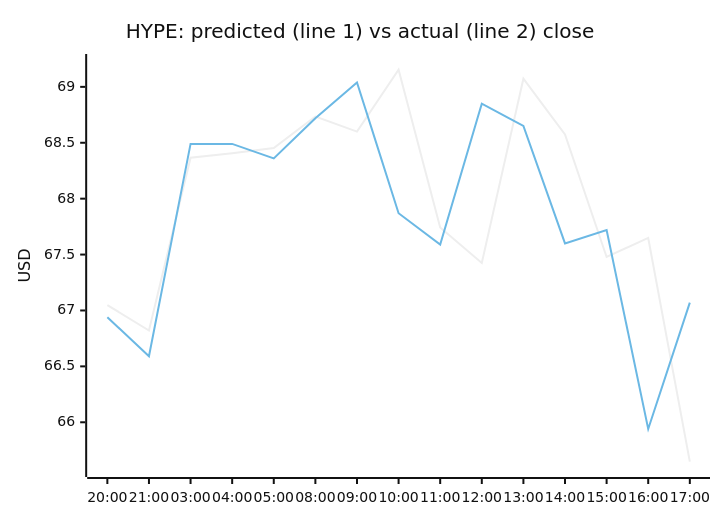
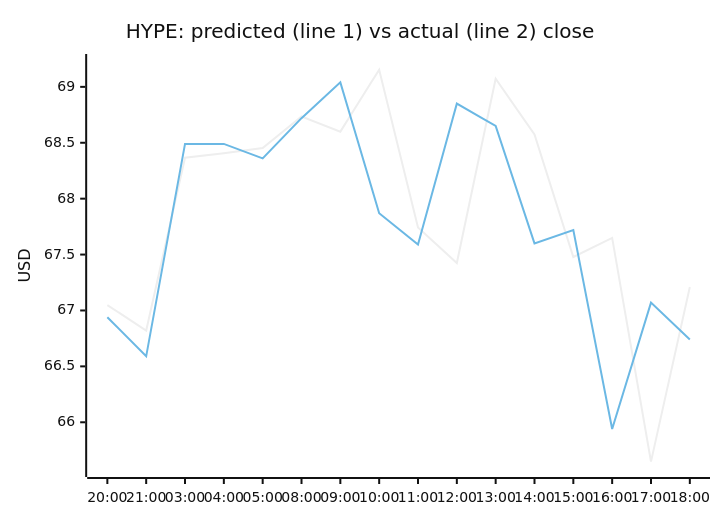
One commit to samuelkreitl-wq/crypto-hourly-forecaster changed the fourth of 4 diagrams in README.md. Above: the diagram before and after it, drawn with Mermaid (neutral theme). The commit also changed other lines of this file and 14 other files, not shown here.

````diff
--- a/README.md
+++ b/README.md
@@ -65,8 +65,8 @@
 ```mermaid
 xychart-beta
     title "HYPE: predicted (line 1) vs actual (line 2) close"
-    x-axis ["20:00", "21:00", "03:00", "04:00", "05:00", "08:00", "09:00", "10:00", "11:00", "12:00", "13:00", "14:00", "15:00", "16:00", "17:00"]
+    x-axis ["20:00", "21:00", "03:00", "04:00", "05:00", "08:00", "09:00", "10:00", "11:00", "12:00", "13:00", "14:00", "15:00", "16:00", "17:00", "18:00"]
     y-axis "USD" 65.5821 --> 69.2223
-    line [67.0484, 66.8208, 68.3664, 68.4064, 68.4537, 68.7347, 68.5994, 69.1532, 67.7420, 67.4244, 69.0731, 68.5737, 67.4783, 67.6486, 65.6478]
-    line [66.9400, 66.5900, 68.4900, 68.4900, 68.3600, 68.7200, 69.0400, 67.8700, 67.5900, 68.8500, 68.6500, 67.6000, 67.7200, 65.9400, 67.0700]
+    line [67.0484, 66.8208, 68.3664, 68.4064, 68.4537, 68.7347, 68.5994, 69.1532, 67.7420, 67.4244, 69.0731, 68.5737, 67.4783, 67.6486, 65.6478, 67.2095]
+    line [66.9400, 66.5900, 68.4900, 68.4900, 68.3600, 68.7200, 69.0400, 67.8700, 67.5900, 68.8500, 68.6500, 67.6000, 67.7200, 65.9400, 67.0700, 66.7400]
 ```
````
